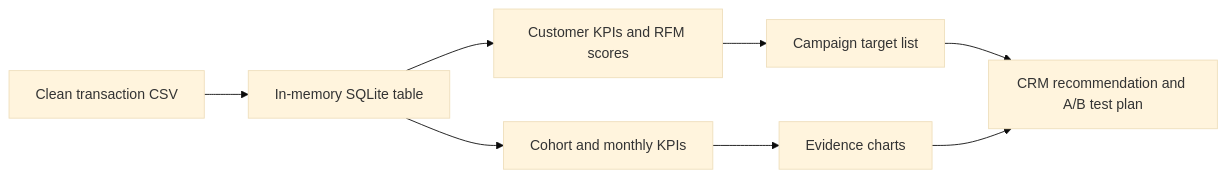
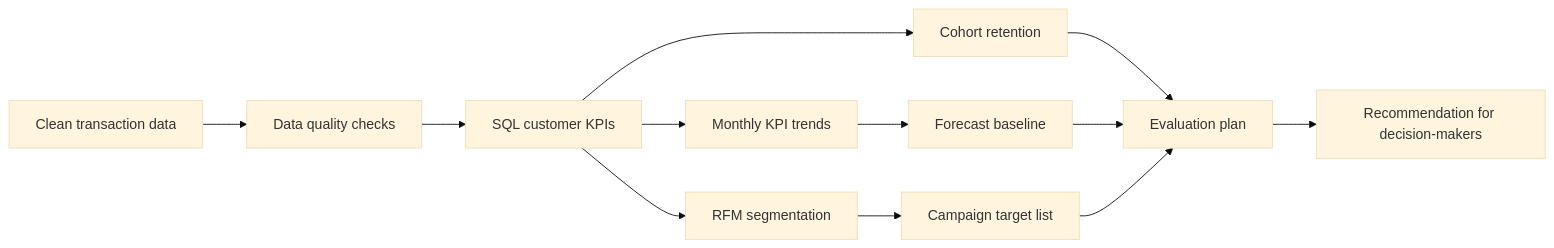
One commit to Kaidxc/customer-retention-sql-dashboard changed the diagram in README.md. Above: the diagram before and after it, drawn with Mermaid (base theme). The commit also changed other lines of this file and 16 other files, not shown here.

````diff
--- a/README.md
+++ b/README.md
@@ -58,10 +142,14 @@
 ```mermaid
 flowchart LR
-    A[Clean transaction CSV] --> B[In-memory SQLite table]
-    B --> C[Customer KPIs and RFM scores]
-    B --> D[Cohort and monthly KPIs]
-    C --> E[Campaign target list]
-    D --> F[Evidence charts]
-    E --> G[CRM recommendation and A/B test plan]
-    F --> G
+    A[Clean transaction data] --> B[Data quality checks]
+    B --> C[SQL customer KPIs]
+    C --> D[RFM segmentation]
+    C --> E[Cohort retention]
+    C --> F[Monthly KPI trends]
+    F --> G[Forecast baseline]
+    D --> H[Campaign target list]
+    E --> I[Evaluation plan]
+    G --> I
+    H --> I
+    I --> J[Recommendation for decision-makers]
 ```
````
